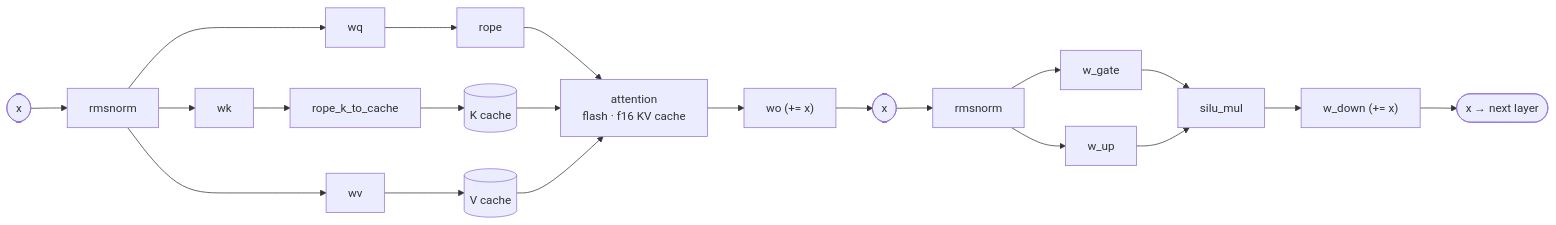
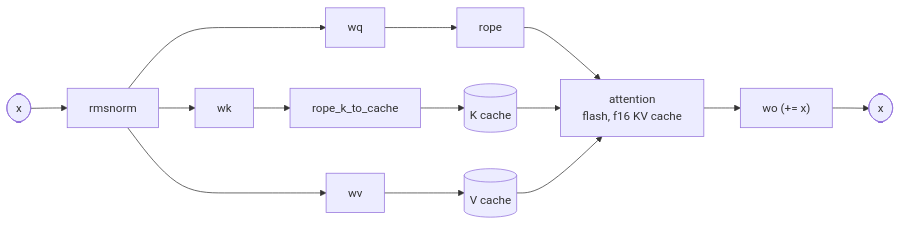
One commit to amit456218/inference-agent changed the third of 4 diagrams in README.md. Above: the diagram before and after it, drawn with Mermaid. The commit also changed other lines of this file, not shown here.

Commit message:
README: split the per-layer diagram so it renders legibly on GitHub

````diff
--- a/README.md
+++ b/README.md
@@ -209,12 +207,8 @@
 ```mermaid
 flowchart LR
     X0(["x"]) --> N1["rmsnorm"]
-    N1 --> WQ["wq"] --> RQ["rope"] --> ATT["attention<br/>flash · f16 KV cache"]
+    N1 --> WQ["wq"] --> RQ["rope"] --> ATT["attention<br/>flash, f16 KV cache"]
     N1 --> WK["wk"] --> RK["rope_k_to_cache"] --> KC[("K cache")] --> ATT
     N1 --> WV["wv"] --> VC[("V cache")] --> ATT
-    ATT --> WO["wo  (+= x)"] --> X1(["x"])
-    X1 --> N2["rmsnorm"]
-    N2 --> WG["w_gate"] --> SM["silu_mul"]
-    N2 --> WU["w_up"] --> SM
-    SM --> WD["w_down  (+= x)"] --> X2(["x → next layer"])
+    ATT --> WO["wo (+= x)"] --> X1(["x"])
 ```
````
